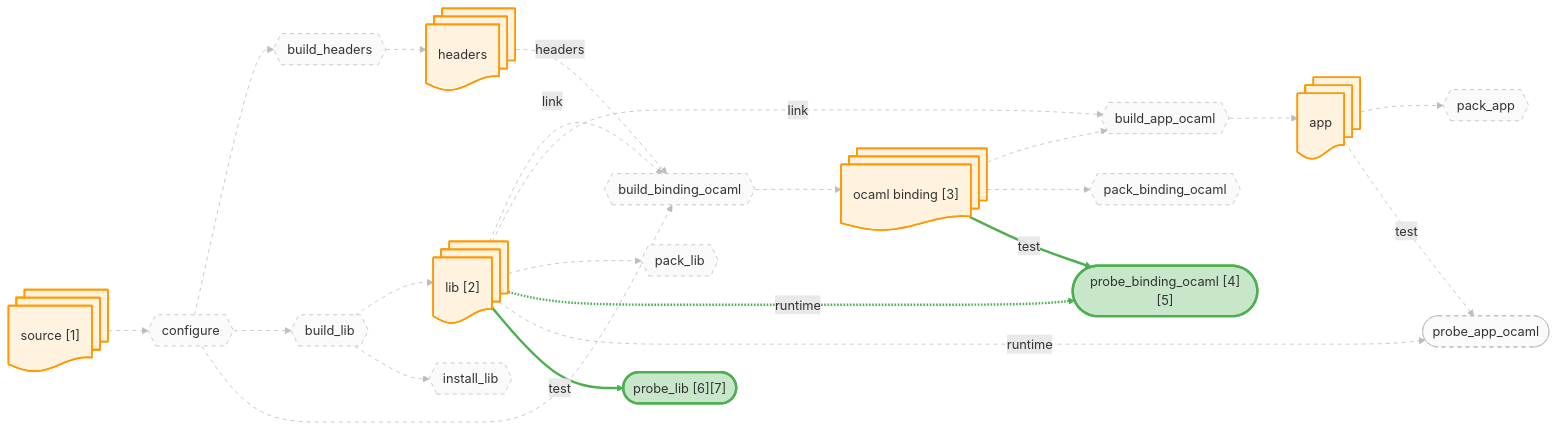
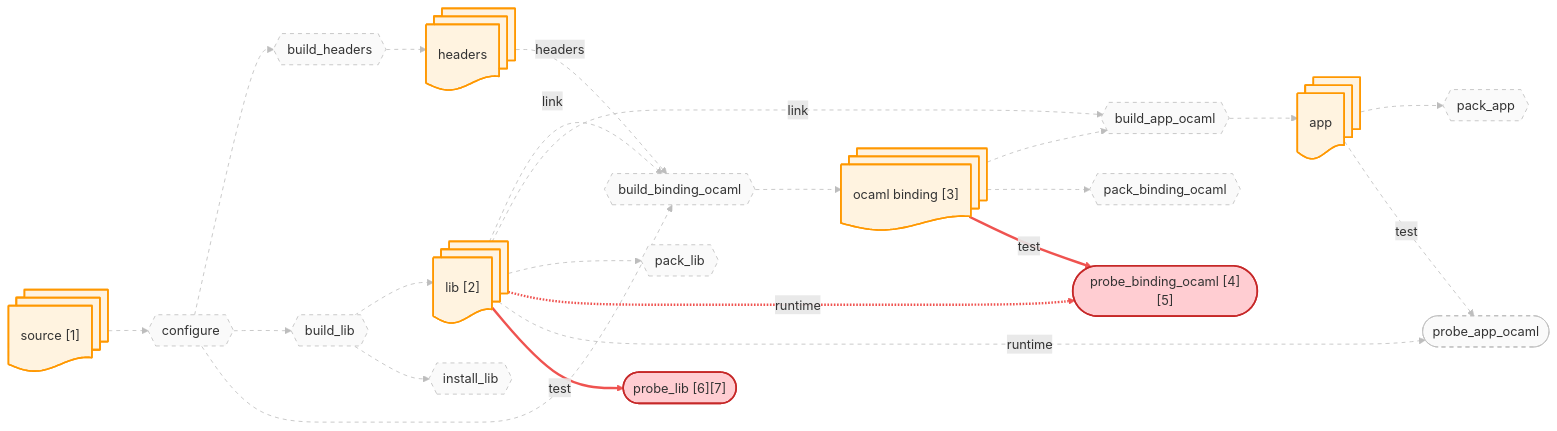
Before and after one commit to JHU-PL-Lab/tola: the diagram in docs/canary/projects/zstd/-run/diagrams/all.mmd, drawn with Mermaid. The commit also changed 64 other files, not shown here.

```diff
--- a/docs/canary/projects/zstd/-run/diagrams/all.mmd
+++ b/docs/canary/projects/zstd/-run/diagrams/all.mmd
@@ -1,84 +1,84 @@
 graph LR
     source_node@{ shape: docs, label: "source [1]" }
     headers_node@{ shape: docs, label: "headers" }
     lib_node@{ shape: docs, label: "lib [2]" }
     app_node@{ shape: docs, label: "app" }
     ocaml_binding_node@{ shape: docs, label: "ocaml binding [3]" }
 
     A_configure{{"configure"}}
     A_build_headers{{"build_headers"}}
     A_build_lib{{"build_lib"}}
     A_build_binding_ocaml{{"build_binding_ocaml"}}
     A_build_app_ocaml{{"build_app_ocaml"}}
     A_install_lib{{"install_lib"}}
     A_pack_binding_ocaml{{"pack_binding_ocaml"}}
     A_pack_lib{{"pack_lib"}}
     A_pack_app{{"pack_app"}}
     A_probe_binding_ocaml(["probe_binding_ocaml [4][5]"])
     A_probe_app_ocaml(["probe_app_ocaml"])
     A_probe_lib(["probe_lib [6][7]"])
 
     source_node --> A_configure
     A_configure --> A_build_headers
     A_build_headers --> headers_node
     A_configure --> A_build_lib
     A_build_lib --> lib_node
     A_configure --> A_build_binding_ocaml
     headers_node -.->|headers| A_build_binding_ocaml
     lib_node -.->|link| A_build_binding_ocaml
     A_build_binding_ocaml --> ocaml_binding_node
     ocaml_binding_node --> A_build_app_ocaml
     lib_node -.->|link| A_build_app_ocaml
     A_build_app_ocaml --> app_node
     A_build_lib --> A_install_lib
     ocaml_binding_node --> A_pack_binding_ocaml
     lib_node --> A_pack_lib
     app_node --> A_pack_app
     ocaml_binding_node -->|test| A_probe_binding_ocaml
     lib_node -.->|runtime| A_probe_binding_ocaml
     app_node -->|test| A_probe_app_ocaml
     lib_node -.->|runtime| A_probe_app_ocaml
     lib_node -->|test| A_probe_lib
 
     classDef artifact fill:#fff3e0,stroke:#ff9800,stroke-width:2px
     classDef action fill:#f3e5f5,stroke:#9c27b0,stroke-width:2px
     classDef st_done fill:#c8e6c9,stroke:#4caf50,stroke-width:3px
     classDef st_done_ctx fill:#e8f5e9,stroke:#a5d6a7,stroke-width:1.5px
     classDef st_expected_fail fill:#fff9c4,stroke:#f9a825,stroke-width:2px
     classDef st_failed fill:#ffcdd2,stroke:#c62828,stroke-width:2px
     classDef st_skipped fill:#f5f5f5,stroke:#9e9e9e,stroke-dasharray:5
     classDef st_nospec fill:#fafafa,stroke:#bdbdbd,stroke-dasharray:5
     class source_node,headers_node,lib_node,app_node,ocaml_binding_node artifact
     class A_configure st_nospec
     class A_build_headers st_nospec
     class A_build_lib st_nospec
     class A_build_binding_ocaml st_nospec
     class A_build_app_ocaml st_nospec
     class A_install_lib st_nospec
     class A_pack_binding_ocaml st_nospec
     class A_pack_lib st_nospec
     class A_pack_app st_nospec
-    class A_probe_binding_ocaml st_done
+    class A_probe_binding_ocaml st_failed
     class A_probe_app_ocaml st_nospec
-    class A_probe_lib st_done
+    class A_probe_lib st_failed
     linkStyle 0 stroke:#bdbdbd,stroke-width:1px,stroke-dasharray:5
     linkStyle 1 stroke:#bdbdbd,stroke-width:1px,stroke-dasharray:5
     linkStyle 2 stroke:#bdbdbd,stroke-width:1px,stroke-dasharray:5
     linkStyle 3 stroke:#bdbdbd,stroke-width:1px,stroke-dasharray:5
     linkStyle 4 stroke:#bdbdbd,stroke-width:1px,stroke-dasharray:5
     linkStyle 5 stroke:#bdbdbd,stroke-width:1px,stroke-dasharray:5
     linkStyle 6 stroke:#bdbdbd,stroke-width:1px,stroke-dasharray:5
     linkStyle 7 stroke:#bdbdbd,stroke-width:1px,stroke-dasharray:5
     linkStyle 8 stroke:#bdbdbd,stroke-width:1px,stroke-dasharray:5
     linkStyle 9 stroke:#bdbdbd,stroke-width:1px,stroke-dasharray:5
     linkStyle 10 stroke:#bdbdbd,stroke-width:1px,stroke-dasharray:5
     linkStyle 11 stroke:#bdbdbd,stroke-width:1px,stroke-dasharray:5
     linkStyle 12 stroke:#bdbdbd,stroke-width:1px,stroke-dasharray:5
     linkStyle 13 stroke:#bdbdbd,stroke-width:1px,stroke-dasharray:5
     linkStyle 14 stroke:#bdbdbd,stroke-width:1px,stroke-dasharray:5
     linkStyle 15 stroke:#bdbdbd,stroke-width:1px,stroke-dasharray:5
-    linkStyle 16 stroke:#4caf50,stroke-width:3px
-    linkStyle 17 stroke:#4caf50,stroke-width:3px
+    linkStyle 16 stroke:#ef5350,stroke-width:3px
+    linkStyle 17 stroke:#ef5350,stroke-width:3px
     linkStyle 18 stroke:#bdbdbd,stroke-width:1px,stroke-dasharray:5
     linkStyle 19 stroke:#bdbdbd,stroke-width:1px,stroke-dasharray:5
-    linkStyle 20 stroke:#4caf50,stroke-width:3px
+    linkStyle 20 stroke:#ef5350,stroke-width:3px
```
